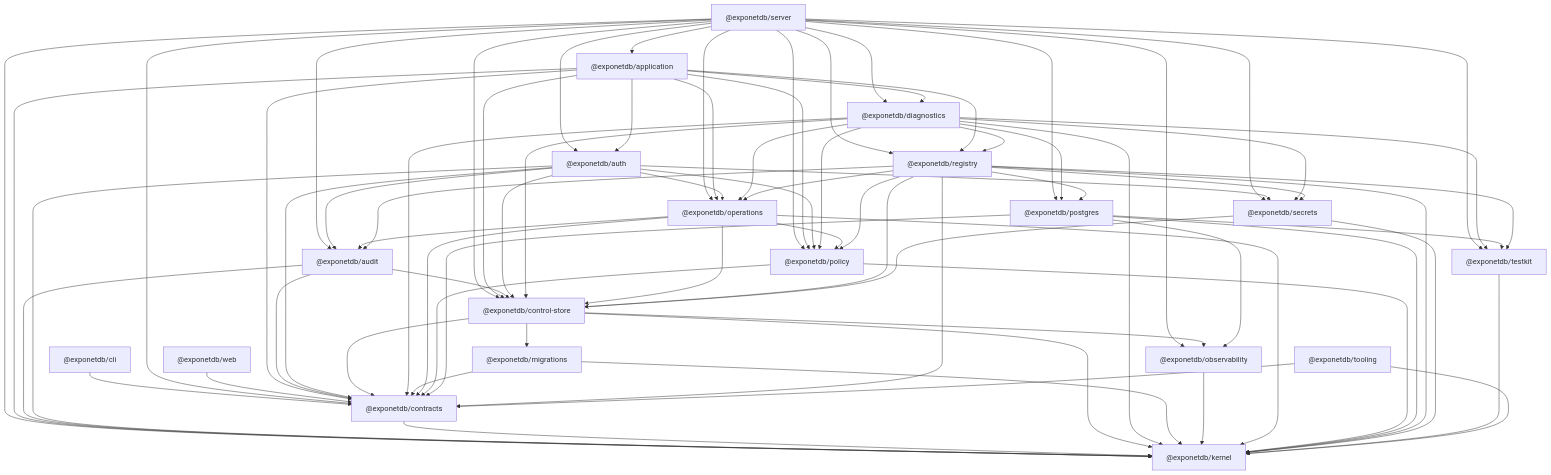
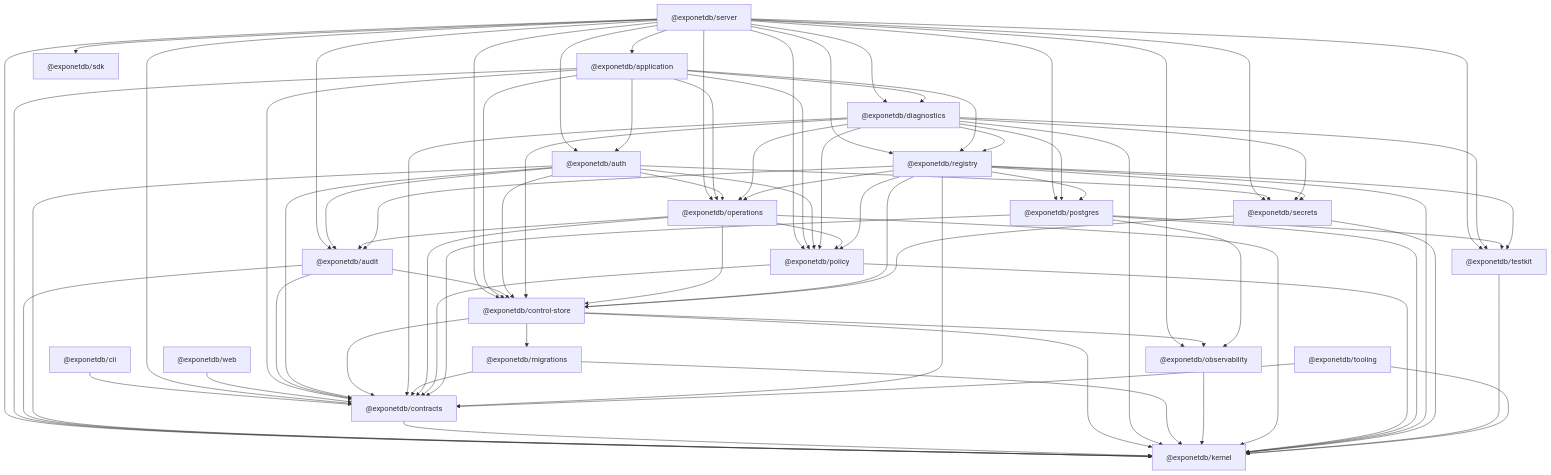
Before and after one commit to davdxpx/ExponetDB: the diagram in tooling/boundaries/package-graph.md, drawn with Mermaid. The commit also changed 22 other files, not shown here.

First line of the commit message:
feat(sdk): first @exponetdb/sdk slice with API key and private_key_jwt auth

```diff
--- a/tooling/boundaries/package-graph.md
+++ b/tooling/boundaries/package-graph.md
@@ -22,6 +22,7 @@
   packages_policy["@exponetdb/policy"]
   packages_postgres["@exponetdb/postgres"]
   packages_registry["@exponetdb/registry"]
+  packages_sdk["@exponetdb/sdk"]
   packages_secrets["@exponetdb/secrets"]
   packages_testkit["@exponetdb/testkit"]
   tooling["@exponetdb/tooling"]
@@ -38,6 +39,7 @@
   apps_server["@exponetdb/server"] --> packages_policy
   apps_server["@exponetdb/server"] --> packages_postgres
   apps_server["@exponetdb/server"] --> packages_registry
+  apps_server["@exponetdb/server"] --> packages_sdk
   apps_server["@exponetdb/server"] --> packages_secrets
   apps_server["@exponetdb/server"] --> packages_testkit
   apps_web["@exponetdb/web"] --> packages_contracts
```
